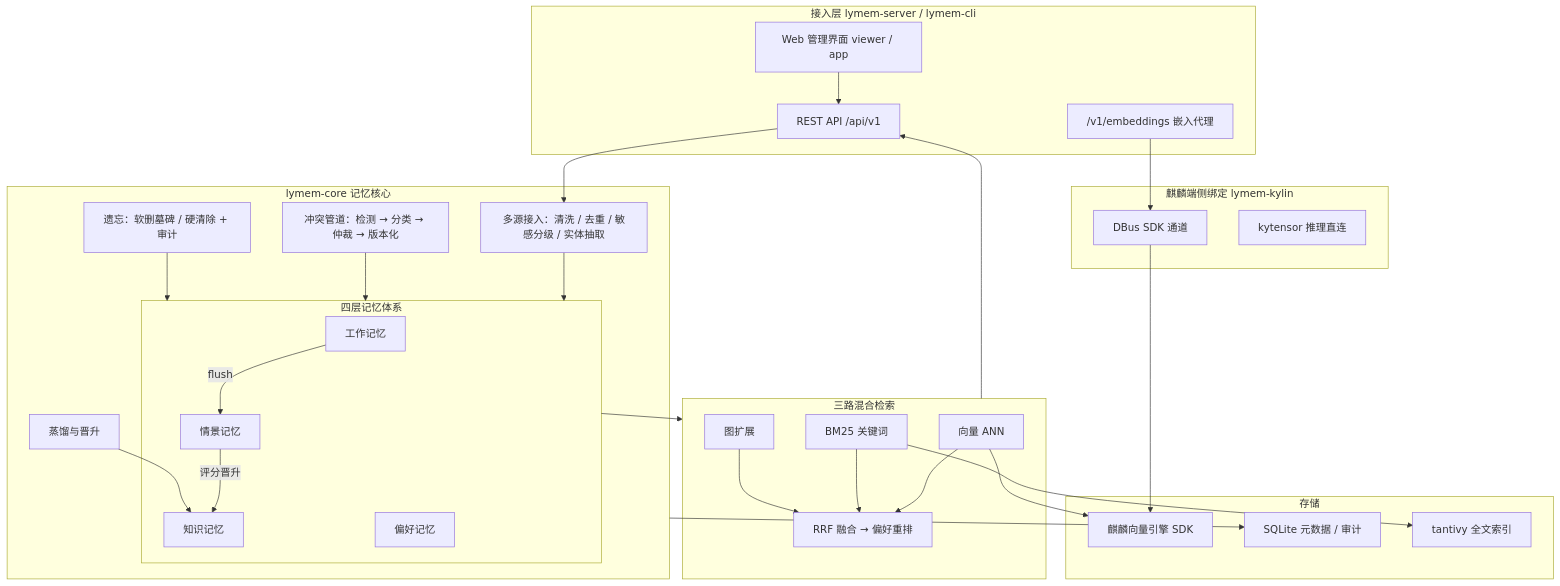
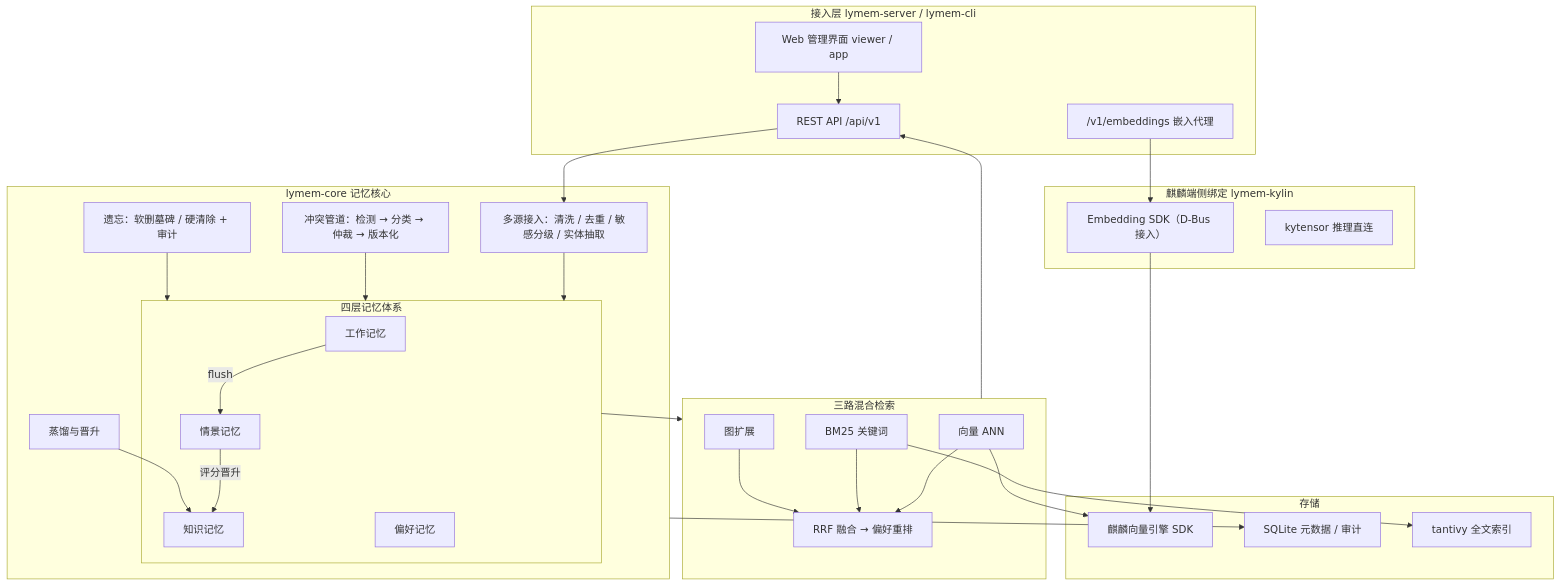
The first of 2 diagrams in README.md (TJUEZ/lymem), drawn with Mermaid before and after one commit. The commit also changed other lines of this file and 54 other files, not shown here.

````diff
--- a/README.md
+++ b/README.md
@@ -38,58 +39,58 @@
 ```mermaid
 flowchart TB
     subgraph ACC["接入层 lymem-server / lymem-cli"]
         REST["REST API /api/v1"]
         EMBS["/v1/embeddings 嵌入代理"]
         VIEWER["Web 管理界面 viewer / app"]
     end
 
     subgraph CORE["lymem-core 记忆核心"]
         INGEST["多源接入：清洗 / 去重 / 敏感分级 / 实体抽取"]
         subgraph LAYERS["四层记忆体系"]
             WM["工作记忆"]
             EM["情景记忆"]
             KM["知识记忆"]
             PM["偏好记忆"]
         end
         CONFLICT["冲突管道：检测 → 分类 → 仲裁 → 版本化"]
         DISTILL["蒸馏与晋升"]
         FORGET["遗忘：软删墓碑 / 硬清除 + 审计"]
     end
 
     subgraph RETRIEVE["三路混合检索"]
         VEC["向量 ANN"]
         BM25["BM25 关键词"]
         GRAPH["图扩展"]
         RRF["RRF 融合 → 偏好重排"]
         VEC --> RRF
         BM25 --> RRF
         GRAPH --> RRF
     end
 
     subgraph KYLIN["麒麟端侧绑定 lymem-kylin"]
-        DBUS["DBus SDK 通道"]
+        DBUS["Embedding SDK（D-Bus 接入）"]
         KYTENSOR["kytensor 推理直连"]
     end
 
     subgraph STORE["存储"]
         ENGINE["麒麟向量引擎 SDK"]
         SQLITE["SQLite 元数据 / 审计"]
         TANTIVY["tantivy 全文索引"]
     end
 
     REST --> INGEST
     EMBS --> DBUS
     VIEWER --> REST
     INGEST --> LAYERS
     WM -->|"flush"| EM
     EM -->|"评分晋升"| KM
     CONFLICT --> LAYERS
     DISTILL --> KM
     FORGET --> LAYERS
     LAYERS --> RETRIEVE
     RETRIEVE --> REST
     VEC --> ENGINE
     DBUS --> ENGINE
     CORE --> SQLITE
     BM25 --> TANTIVY
 ```
````
